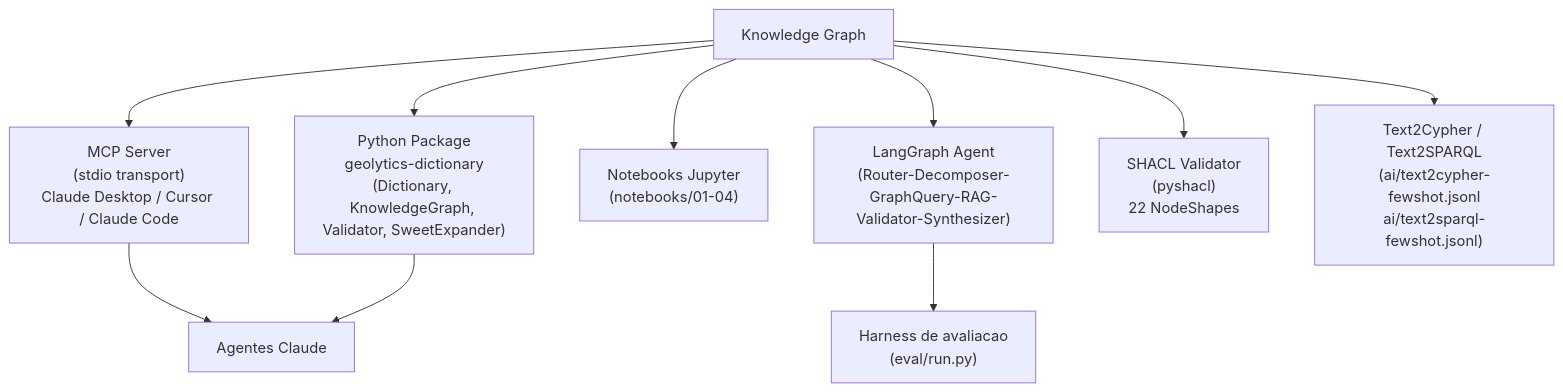
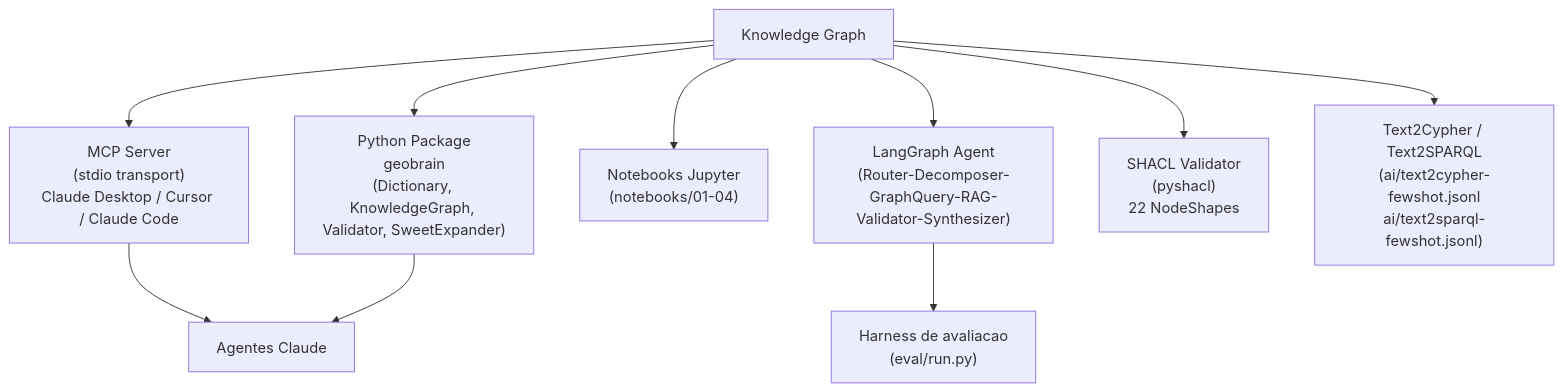
The third of 4 diagrams in docs/ARCHITECTURE.md (thiagoflc/geolytics-dictionary), drawn with Mermaid before and after one commit. The commit also changed other lines of this file and 118 other files, not shown here.

First line of the commit message:
rename project: geolytics-dictionary → geobrain

````diff
--- a/docs/ARCHITECTURE.md
+++ b/docs/ARCHITECTURE.md
@@ -89,15 +89,15 @@
 ```mermaid
 graph TD
     KG["Knowledge Graph"]
 
     KG --> MCP["MCP Server<br/>(stdio transport)<br/>Claude Desktop / Cursor / Claude Code"]
     KG --> LG["LangGraph Agent<br/>(Router-Decomposer-GraphQuery-RAG-Validator-Synthesizer)"]
     KG --> NB["Notebooks Jupyter<br/>(notebooks/01-04)"]
-    KG --> PY["Python Package<br/>geolytics-dictionary<br/>(Dictionary, KnowledgeGraph, Validator, SweetExpander)"]
+    KG --> PY["Python Package<br/>geobrain<br/>(Dictionary, KnowledgeGraph, Validator, SweetExpander)"]
     KG --> SHACL["SHACL Validator<br/>(pyshacl)<br/>22 NodeShapes"]
     KG --> T2C["Text2Cypher / Text2SPARQL<br/>(ai/text2cypher-fewshot.jsonl<br/>ai/text2sparql-fewshot.jsonl)"]
 
     MCP --> CLAUDE["Agentes Claude"]
     LG --> EVAL["Harness de avaliacao<br/>(eval/run.py)"]
     PY --> CLAUDE
 ```
````
